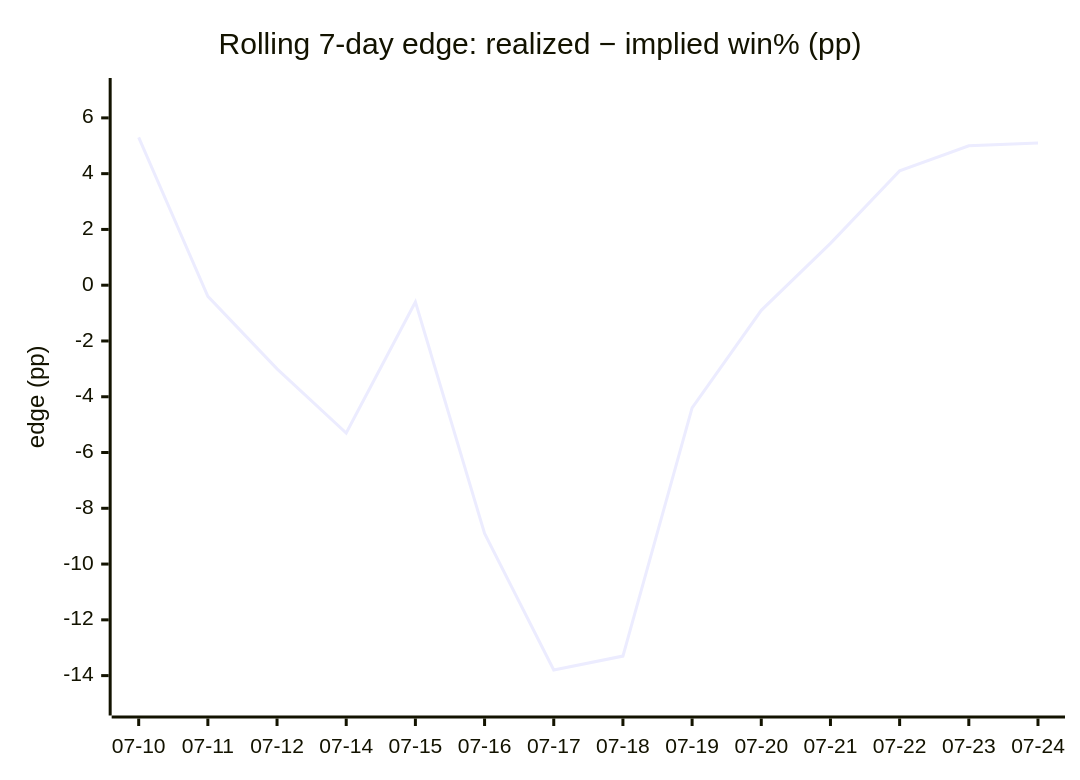
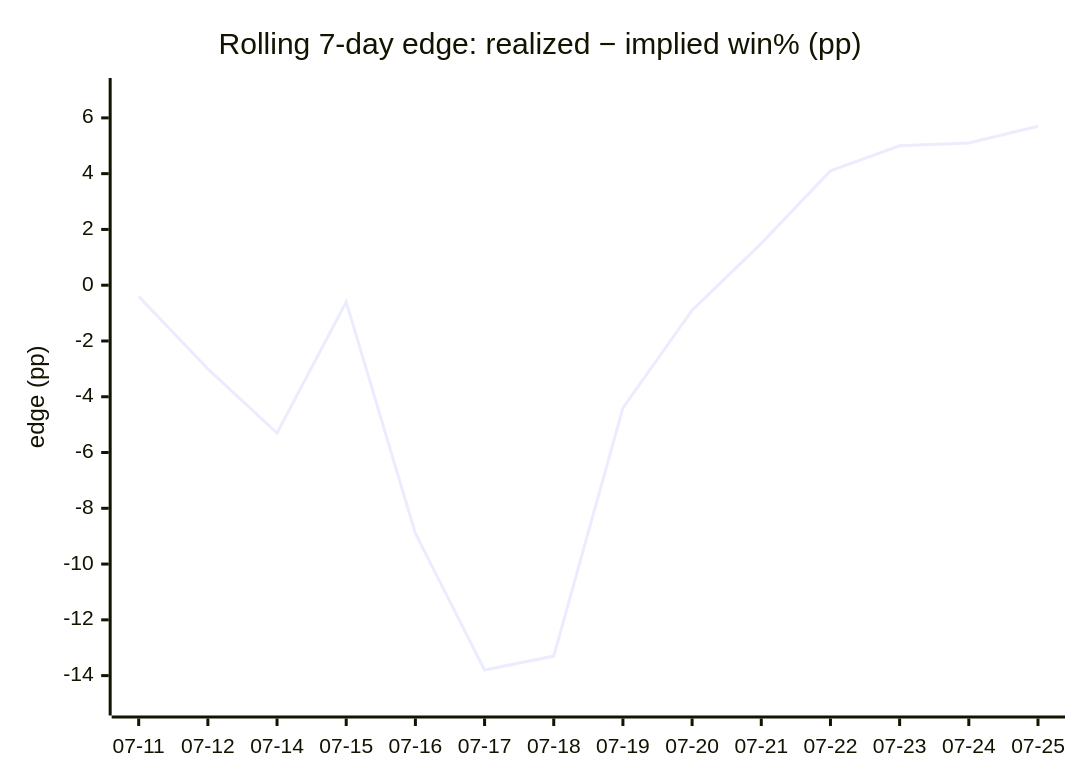
One commit to dpk1212/nhl-savant changed the fourth of 4 diagrams in DAILY_AGSU_REPORT.md. Above: the diagram before and after it, drawn with Mermaid. The commit also changed other lines of this file, not shown here.

````diff
--- a/DAILY_AGSU_REPORT.md
+++ b/DAILY_AGSU_REPORT.md
@@ -727,7 +723,7 @@
 ```mermaid
 xychart-beta
     title "Rolling 7-day edge: realized − implied win% (pp)"
-    x-axis ["07-10", "07-11", "07-12", "07-14", "07-15", "07-16", "07-17", "07-18", "07-19", "07-20", "07-21", "07-22", "07-23", "07-24"]
+    x-axis ["07-11", "07-12", "07-14", "07-15", "07-16", "07-17", "07-18", "07-19", "07-20", "07-21", "07-22", "07-23", "07-24", "07-25"]
     y-axis "edge (pp)" -15 --> 7
-    line [5.3, -0.4, -3, -5.3, -0.6, -8.9, -13.8, -13.3, -4.4, -0.9, 1.5, 4.1, 5, 5.1]
+    line [-0.4, -3, -5.3, -0.6, -8.9, -13.8, -13.3, -4.4, -0.9, 1.5, 4.1, 5, 5.1, 5.7]
 ```
````
